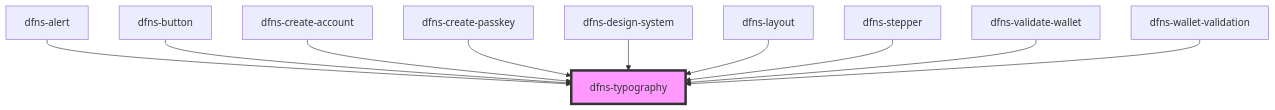
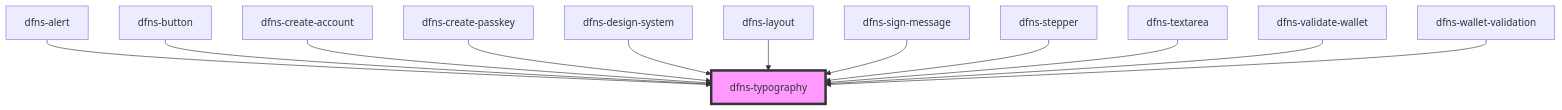
One commit to dfnsext/web-ui changed the diagram in src/components/dfns-typography/readme.md. Above: the diagram before and after it, drawn with Mermaid. The commit also changed other lines of this file and 17 other files, not shown here.

````diff
--- a/src/components/dfns-typography/readme.md
+++ b/src/components/dfns-typography/readme.md
@@ -32,13 +34,15 @@
 ```mermaid
 graph TD;
   dfns-alert --> dfns-typography
   dfns-button --> dfns-typography
   dfns-create-account --> dfns-typography
   dfns-create-passkey --> dfns-typography
   dfns-design-system --> dfns-typography
   dfns-layout --> dfns-typography
+  dfns-sign-message --> dfns-typography
   dfns-stepper --> dfns-typography
+  dfns-textarea --> dfns-typography
   dfns-validate-wallet --> dfns-typography
   dfns-wallet-validation --> dfns-typography
   style dfns-typography fill:#f9f,stroke:#333,stroke-width:4px
 ```
````
